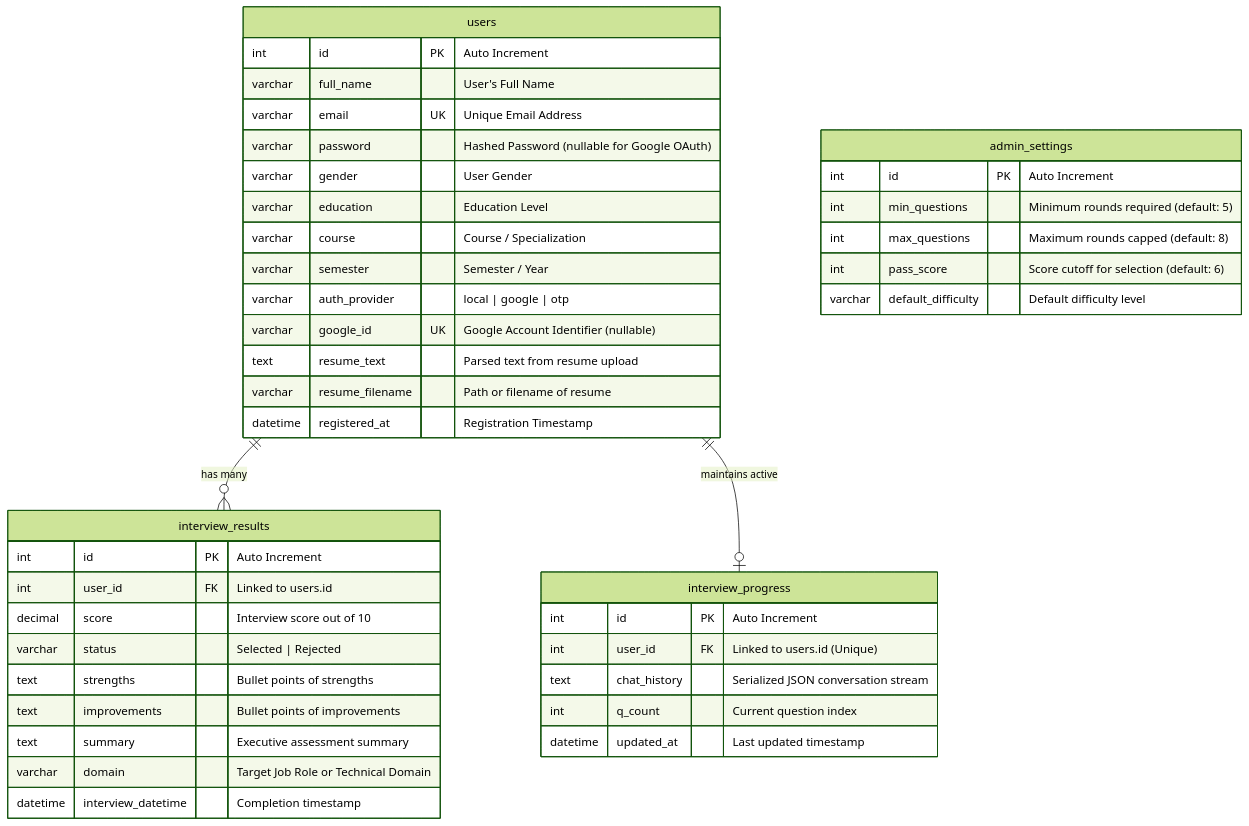
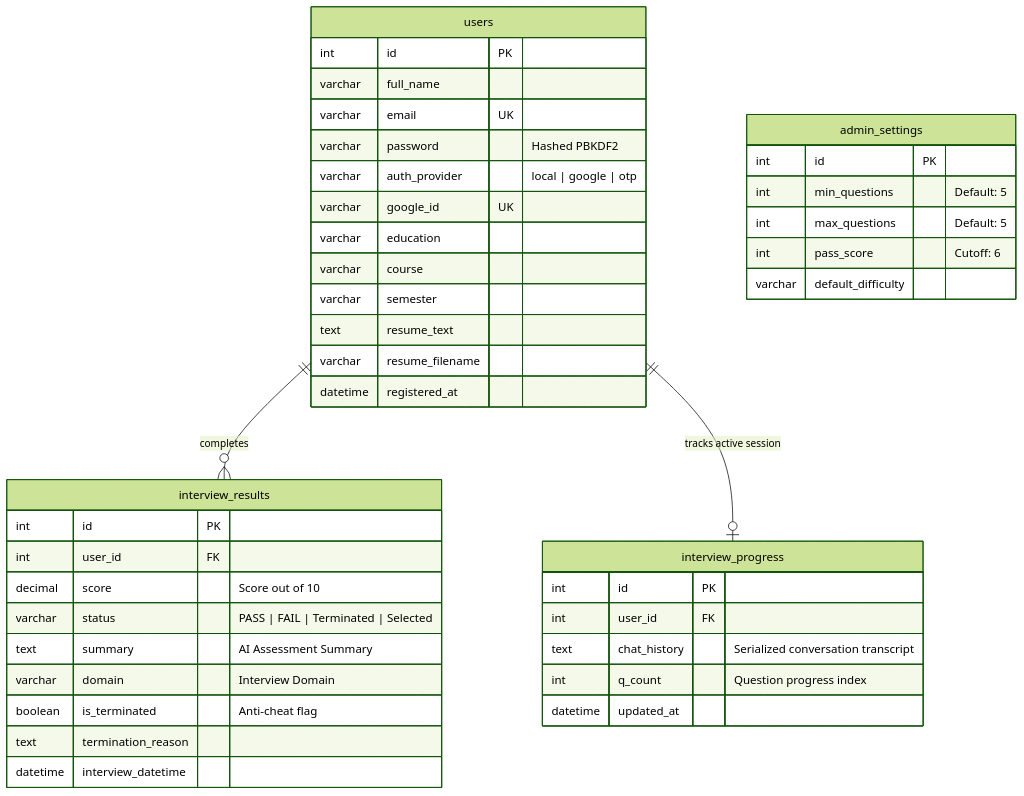
The second of 2 diagrams in README.md (MR360-TECH/AI_INTERVIEW_PLATFORM), drawn with Mermaid (forest theme) before and after one commit. The commit also changed other lines of this file, not shown here.

Commit message:
Comprehensive upgrade of README documentation with architecture, proctoring specs, and deployment guides

````diff
--- a/README.md
+++ b/README.md
@@ -134,49 +121,48 @@
 ```mermaid
 erDiagram
-    users ||--o{ interview_results : "has many"
-    users ||--o| interview_progress : "maintains active"
+    users ||--o{ interview_results : "completes"
+    users ||--o| interview_progress : "tracks active session"
 
     users {
-        int id PK "Auto Increment"
-        varchar full_name "User's Full Name"
-        varchar email UK "Unique Email Address"
-        varchar password "Hashed Password (nullable for Google OAuth)"
-        varchar gender "User Gender"
-        varchar education "Education Level"
-        varchar course "Course / Specialization"
-        varchar semester "Semester / Year"
+        int id PK
+        varchar full_name
+        varchar email UK
+        varchar password "Hashed PBKDF2"
         varchar auth_provider "local | google | otp"
-        varchar google_id UK "Google Account Identifier (nullable)"
-        text resume_text "Parsed text from resume upload"
-        varchar resume_filename "Path or filename of resume"
-        datetime registered_at "Registration Timestamp"
+        varchar google_id UK
+        varchar education
+        varchar course
+        varchar semester
+        text resume_text
+        varchar resume_filename
+        datetime registered_at
     }
 
     interview_results {
-        int id PK "Auto Increment"
-        int user_id FK "Linked to users.id"
-        decimal score "Interview score out of 10"
-        varchar status "Selected | Rejected"
-        text strengths "Bullet points of strengths"
-        text improvements "Bullet points of improvements"
-        text summary "Executive assessment summary"
-        varchar domain "Target Job Role or Technical Domain"
-        datetime interview_datetime "Completion timestamp"
+        int id PK
+        int user_id FK
+        decimal score "Score out of 10"
+        varchar status "PASS | FAIL | Terminated | Selected"
+        text summary "AI Assessment Summary"
+        varchar domain "Interview Domain"
+        boolean is_terminated "Anti-cheat flag"
+        text termination_reason
+        datetime interview_datetime
     }
 
     interview_progress {
-        int id PK "Auto Increment"
-        int user_id FK "Linked to users.id (Unique)"
-        text chat_history "Serialized JSON conversation stream"
-        int q_count "Current question index"
-        datetime updated_at "Last updated timestamp"
+        int id PK
+        int user_id FK
+        text chat_history "Serialized conversation transcript"
+        int q_count "Question progress index"
+        datetime updated_at
     }
 
     admin_settings {
-        int id PK "Auto Increment"
-        int min_questions "Minimum rounds required (default: 5)"
-        int max_questions "Maximum rounds capped (default: 8)"
-        int pass_score "Score cutoff for selection (default: 6)"
-        varchar default_difficulty "Default difficulty level"
+        int id PK
+        int min_questions "Default: 5"
+        int max_questions "Default: 5"
+        int pass_score "Cutoff: 6"
+        varchar default_difficulty
     }
 ```
````
